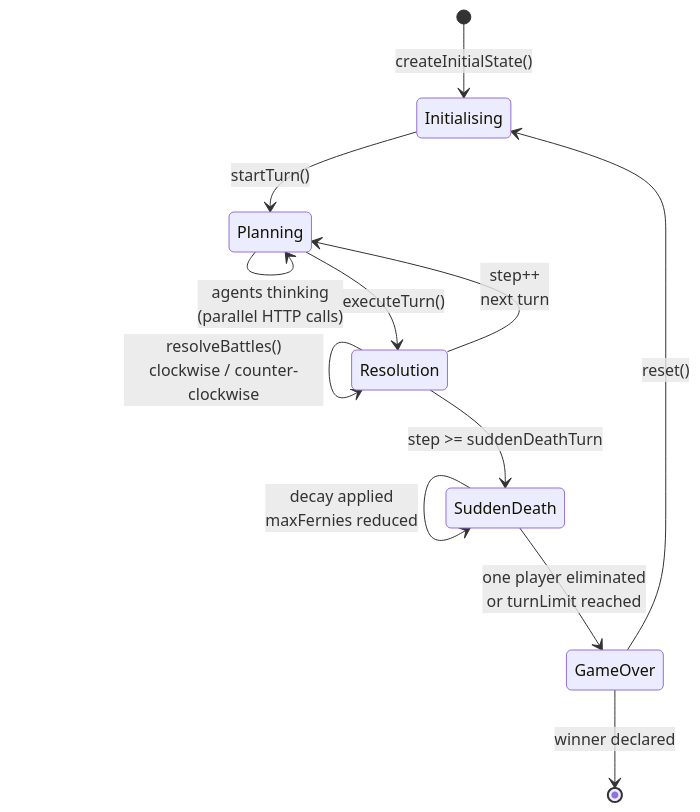
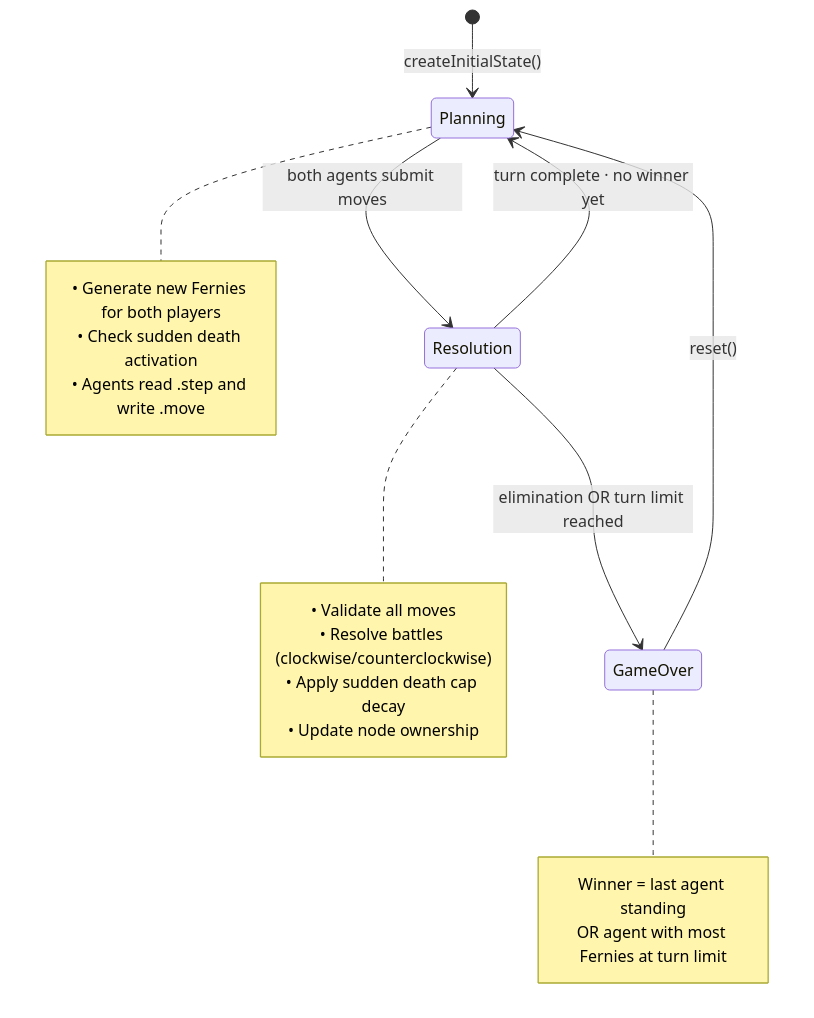
The third of 4 diagrams in README.md (Anirach/ringwars3d), drawn with Mermaid before and after one commit. The commit also changed other lines of this file, not shown here.

Commit message:
docs: add Mermaid diagrams (architecture, sequence, state machine, flow), Python starter template, complete game rules

````diff
--- a/README.md
+++ b/README.md
@@ -96,19 +124,28 @@
 ```mermaid
 stateDiagram-v2
-    [*] --> Initialising : createInitialState()
-    Initialising --> Planning : startTurn()
+    [*] --> Planning : createInitialState()
 
-    Planning --> Planning : agents thinking<br/>(parallel HTTP calls)
-    Planning --> Resolution : executeTurn()
+    Planning --> Resolution : both agents submit moves
+    Resolution --> Planning  : turn complete · no winner yet
+    Resolution --> GameOver  : elimination OR turn limit reached
 
-    Resolution --> Resolution : resolveBattles()<br/>clockwise / counter-clockwise
+    GameOver --> Planning : reset()
 
-    Resolution --> Planning : step++<br/>next turn
-    Resolution --> SuddenDeath : step >= suddenDeathTurn
+    note right of Planning
+        • Generate new Fernies for both players
+        • Check sudden death activation
+        • Agents read .step and write .move
+    end note
 
-    SuddenDeath --> SuddenDeath : decay applied<br/>maxFernies reduced
-    SuddenDeath --> GameOver : one player eliminated<br/>or turnLimit reached
+    note right of Resolution
+        • Validate all moves
+        • Resolve battles (clockwise/counterclockwise)
+        • Apply sudden death cap decay
+        • Update node ownership
+    end note
 
-    GameOver --> [*] : winner declared
-    GameOver --> Initialising : reset()
+    note right of GameOver
+        Winner = last agent standing
+        OR agent with most Fernies at turn limit
+    end note
 ```
````
